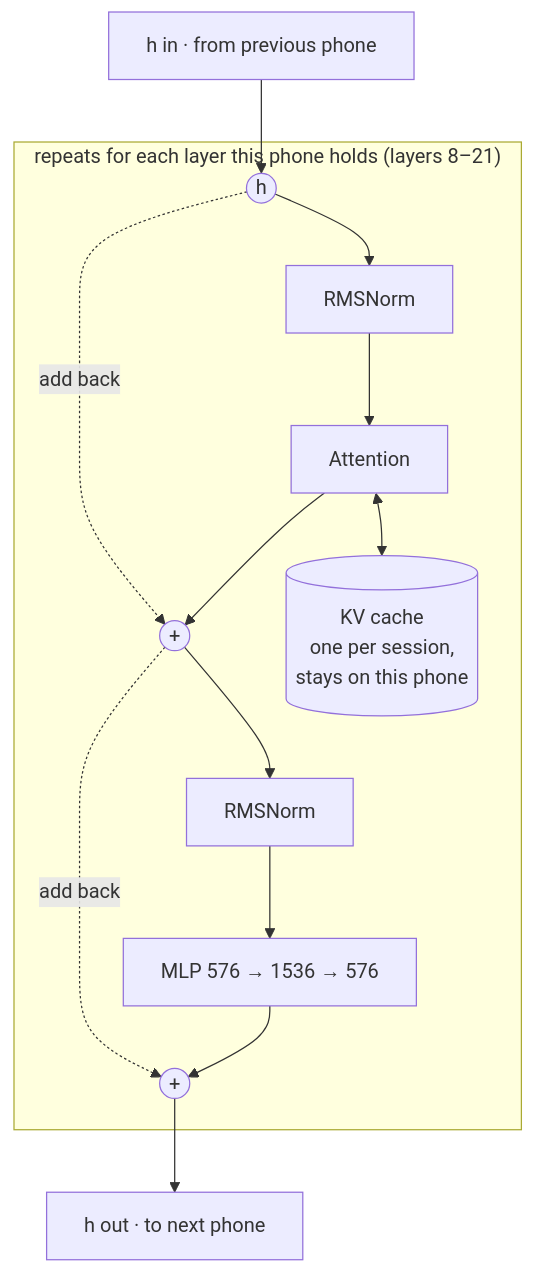
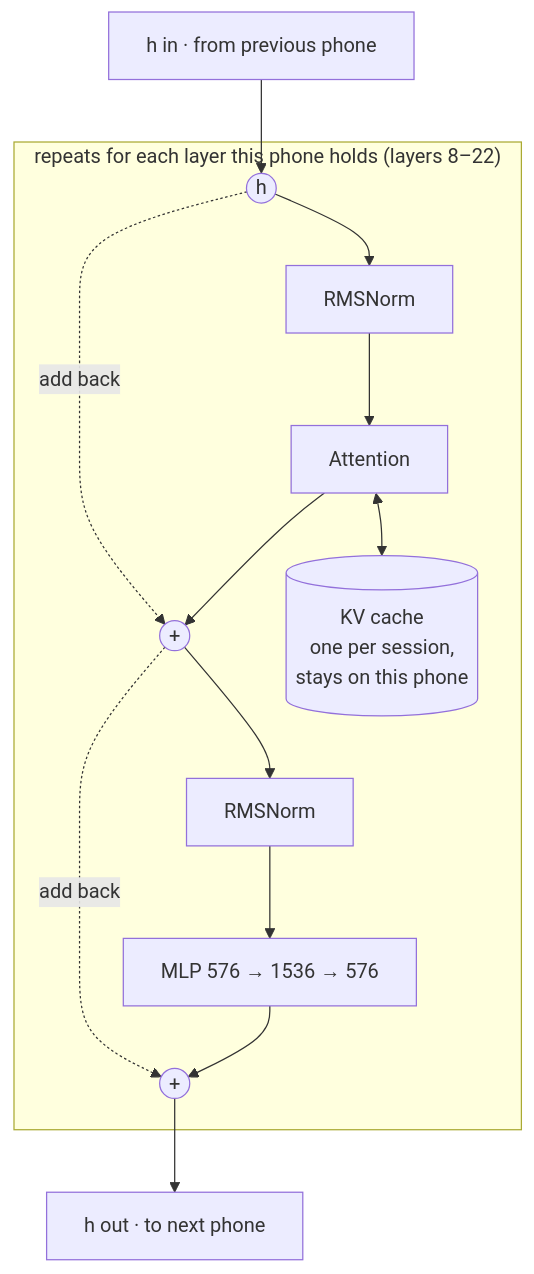
Before and after one commit to LogicalGuy77/pied-piper: the third of 4 diagrams in README.md, drawn with Mermaid. The commit also changed other lines of this file and 12 other files, not shown here.

````diff
--- a/README.md
+++ b/README.md
@@ -104,12 +107,12 @@
 ```mermaid
 flowchart TB
     IN["h in · from previous phone"] --> H0
-    subgraph LOOP["repeats for each layer this phone holds (layers 8–21)"]
+    subgraph LOOP["repeats for each layer this phone holds (layers 8–22)"]
         H0(("h")) --> N1["RMSNorm"] --> ATT["Attention"] --> ADD1(("+"))
         ATT <--> KV[("KV cache<br/>one per session,<br/>stays on this phone")]
         H0 -.->|add back| ADD1
         ADD1 --> N2["RMSNorm"] --> MLP["MLP 576 → 1536 → 576"] --> ADD2(("+"))
         ADD1 -.->|add back| ADD2
     end
     ADD2 --> OUT["h out · to next phone"]
 ```
````
